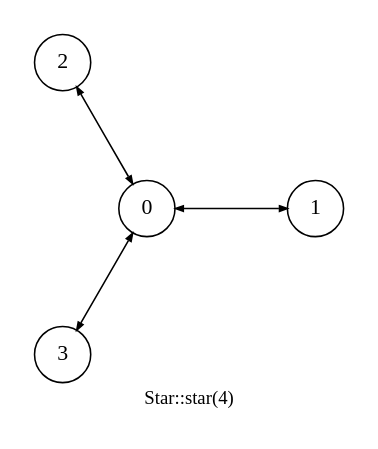
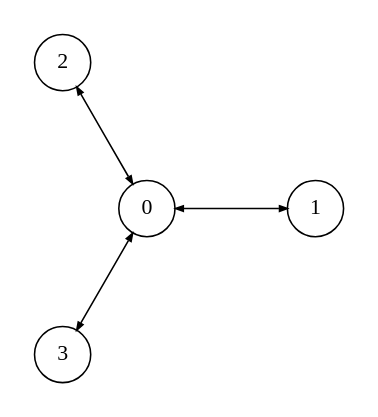
One commit to bsdrks/graaf-images changed the diagram in src/star_4.dot. Above: the diagram before and after it, drawn with Graphviz. The commit also changed 3 other files, not shown here.

Commit message:
update `gen` graphs

```diff
--- a/src/star_4.dot
+++ b/src/star_4.dot
@@ -1,18 +1,15 @@
 digraph {
     node [shape=circle, fontname="Operator Mono"];
     edge [arrowsize=0.5];
     layout=circo;
     pad=0.2;
-    fontsize=12;
-    fontname="Operator Mono";
-    label="Star::star(4)";
 
     0 [label="0"];
     1 [label="1"];
     2 [label="2"];
     3 [label="3"];
 
     0 -> 1 [dir="both"];
     0 -> 2 [dir="both"];
     0 -> 3 [dir="both"];
 }
```
